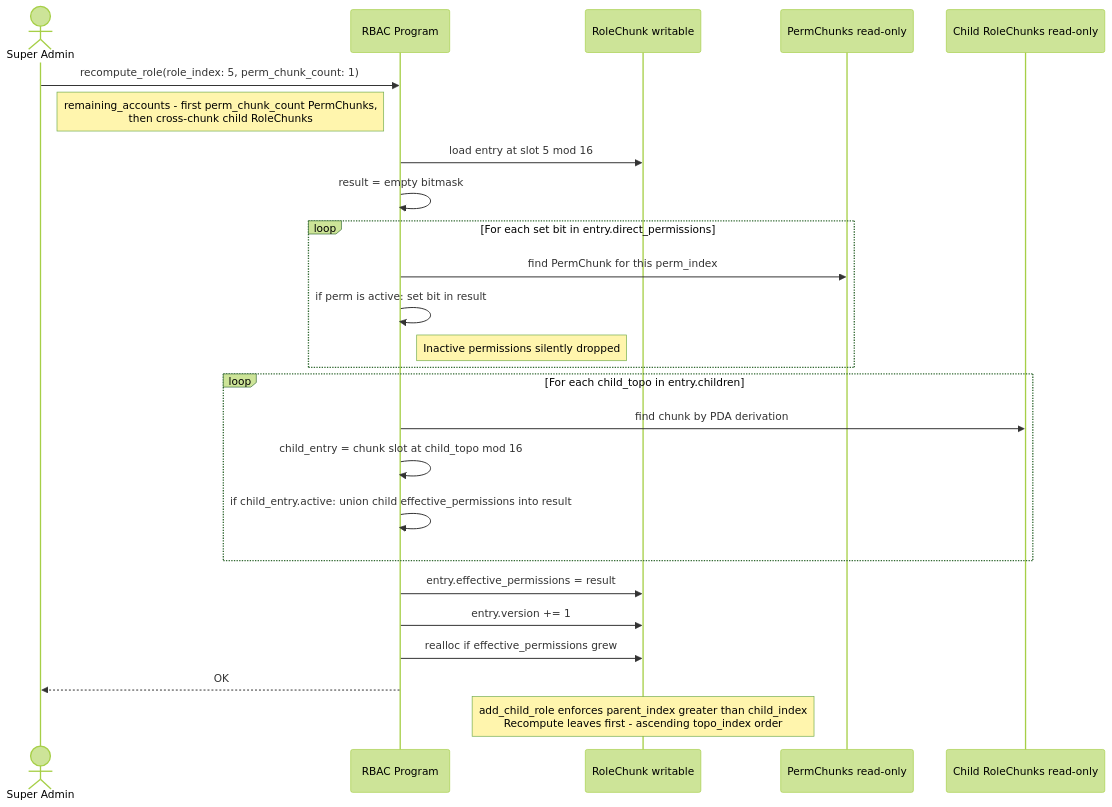
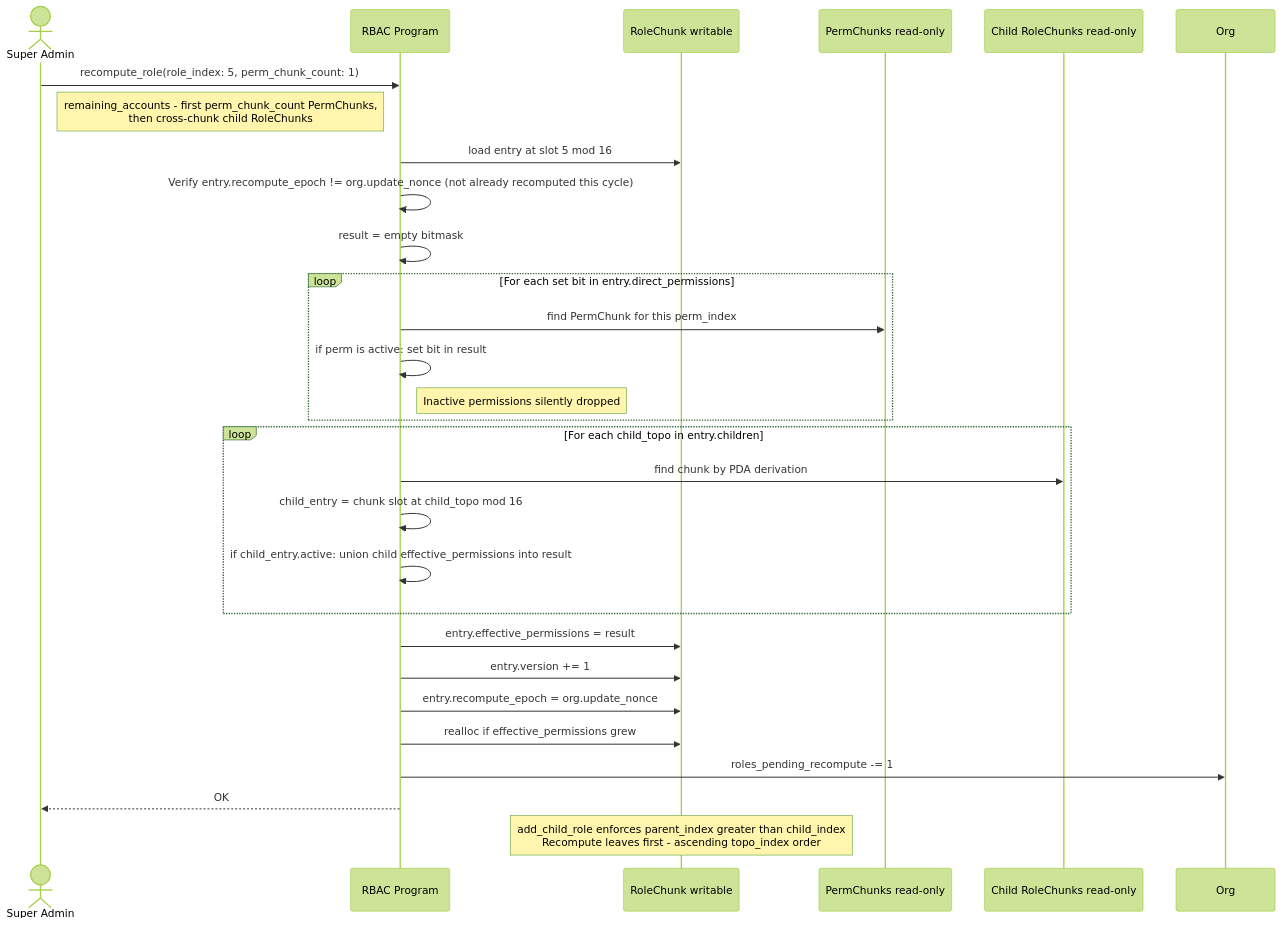
Diagram 11 of 25 in docs/architecture.md (Vadimus1983/Solana-rbac), drawn with Mermaid (forest theme) before and after one commit. The commit also changed other lines of this file and 1 other file, not shown here.

````diff
--- a/docs/architecture.md
+++ b/docs/architecture.md
@@ -510,33 +539,36 @@
 ```mermaid
 sequenceDiagram
     actor Admin as Super Admin
     participant P as RBAC Program
     participant RC as RoleChunk writable
     participant PCs as PermChunks read-only
     participant CRCs as Child RoleChunks read-only
 
     Admin->>P: recompute_role(role_index: 5, perm_chunk_count: 1)
     Note right of Admin: remaining_accounts - first perm_chunk_count PermChunks,<br/>then cross-chunk child RoleChunks
 
     P->>RC: load entry at slot 5 mod 16
+    P->>P: Verify entry.recompute_epoch != org.update_nonce (not already recomputed this cycle)
     P->>P: result = empty bitmask
 
     loop For each set bit in entry.direct_permissions
         P->>PCs: find PermChunk for this perm_index
         P->>P: if perm is active: set bit in result
         Note right of P: Inactive permissions silently dropped
     end
 
     loop For each child_topo in entry.children
         P->>CRCs: find chunk by PDA derivation
         P->>P: child_entry = chunk slot at child_topo mod 16
         P->>P: if child_entry.active: union child effective_permissions into result
     end
 
     P->>RC: entry.effective_permissions = result
     P->>RC: entry.version += 1
+    P->>RC: entry.recompute_epoch = org.update_nonce
     P->>RC: realloc if effective_permissions grew
+    P->>Org: roles_pending_recompute -= 1
     P-->>Admin: OK
 
     Note over RC: add_child_role enforces parent_index greater than child_index<br/>Recompute leaves first - ascending topo_index order
 ```
````
